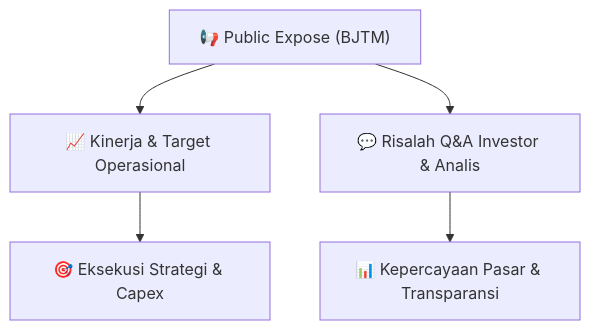
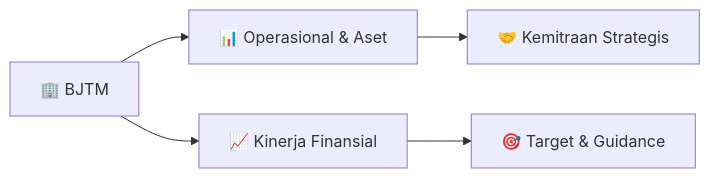
Before and after one commit to anYoneo/alphadigest-idx: the diagram in reports/summaries/public-exposes/informasi-pubex/BJTM_Public_Expose_20260826.md, drawn with Mermaid. The commit also changed other lines of this file and 526 other files, not shown here.

````diff
--- a/reports/summaries/public-exposes/informasi-pubex/BJTM_Public_Expose_20260826.md
+++ b/reports/summaries/public-exposes/informasi-pubex/BJTM_Public_Expose_20260826.md
@@ -38,7 +46,7 @@
 ```mermaid
-flowchart TD
-    A["📢 Public Expose (BJTM)"] --> B["📈 Kinerja & Target Operasional"]
-    A --> C["💬 Risalah Q&A Investor & Analis"]
-    B --> D["🎯 Eksekusi Strategi & Capex"]
-    C --> E["📊 Kepercayaan Pasar & Transparansi"]
+flowchart LR
+    A["🏢 BJTM"] --> B["📊 Operasional & Aset"]
+    A --> C["📈 Kinerja Finansial"]
+    B --> D["🤝 Kemitraan Strategis"]
+    C --> E["🎯 Target & Guidance"]
 ```
````
